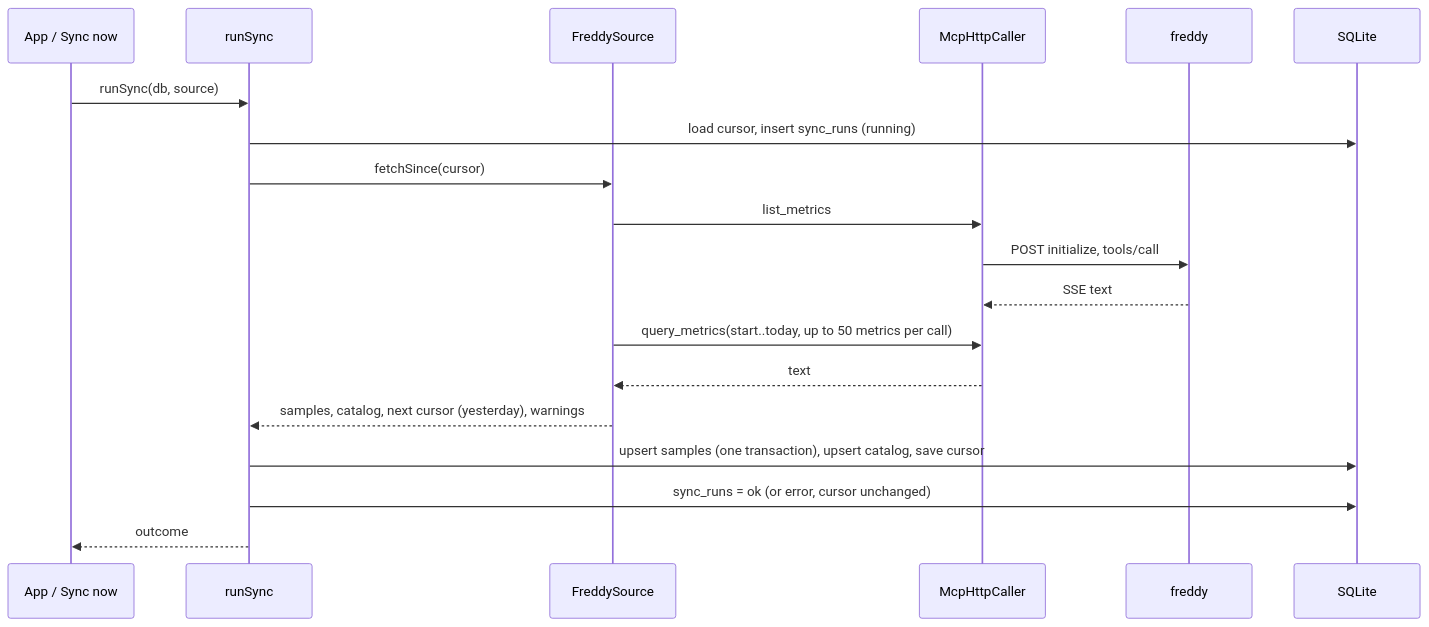
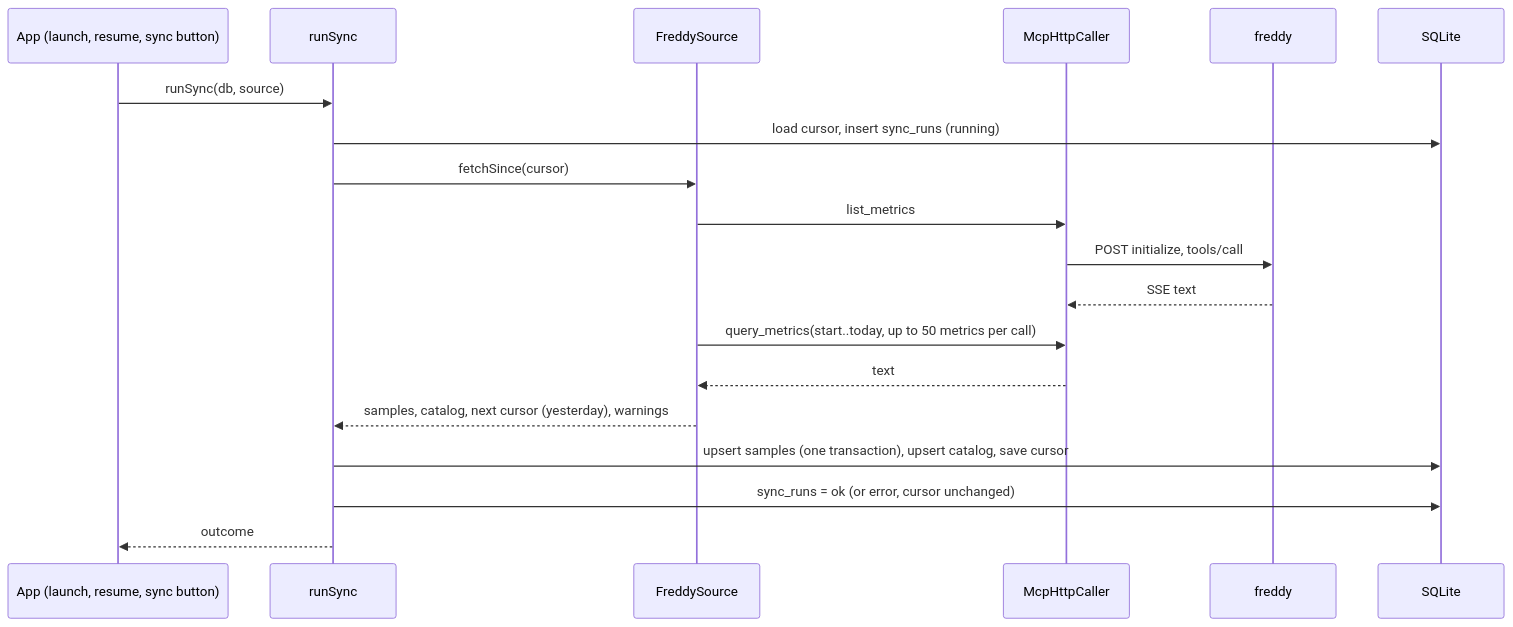
The fourth of 6 diagrams in docs/HLD.md (alfredoartilesv/even), drawn with Mermaid before and after one commit. The commit also changed 13 other files, not shown here.

First line of the commit message:
Sync button on every tab, resume sync, 3-day "not synced" notification

````diff
--- a/docs/HLD.md
+++ b/docs/HLD.md
@@ -142,21 +142,21 @@
 ```mermaid
 sequenceDiagram
-  participant UI as App / Sync now
+  participant UI as App (launch, resume, sync button)
   participant S as runSync
   participant F as FreddySource
   participant H as McpHttpCaller
   participant Fr as freddy
   participant DB as SQLite
   UI->>S: runSync(db, source)
   S->>DB: load cursor, insert sync_runs (running)
   S->>F: fetchSince(cursor)
   F->>H: list_metrics
   H->>Fr: POST initialize, tools/call
   Fr-->>H: SSE text
   F->>H: query_metrics(start..today, up to 50 metrics per call)
   H-->>F: text
   F-->>S: samples, catalog, next cursor (yesterday), warnings
   S->>DB: upsert samples (one transaction), upsert catalog, save cursor
   S->>DB: sync_runs = ok (or error, cursor unchanged)
   S-->>UI: outcome
 ```
````
